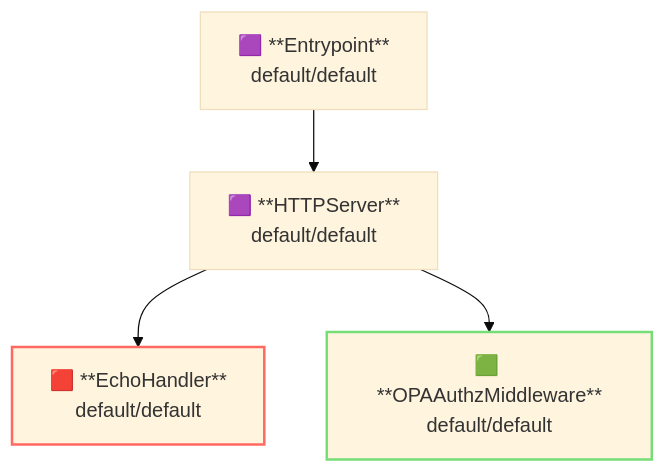
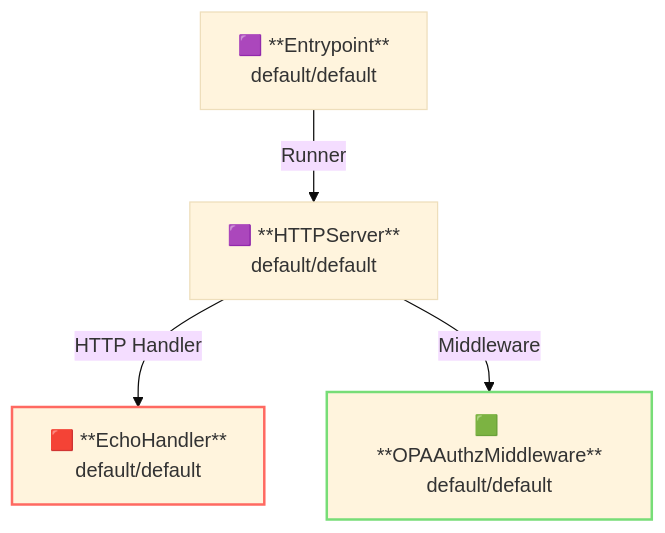
One commit to aileron-gateway/aileron-gateway changed the second of 2 diagrams in examples/authz-opa/README.md. Above: the diagram before and after it, drawn with Mermaid (base theme). The commit also changed other lines of this file and 244 other files, not shown here.

````diff
--- a/examples/authz-opa/README.md
+++ b/examples/authz-opa/README.md
@@ -114,14 +75,14 @@
 ```mermaid
 graph TD
   Entrypoint["🟪 **Entrypoint**</br>default/default"]
   HTTPServer["🟪 **HTTPServer**</br>default/default"]
   EchoHandler["🟥 **EchoHandler**</br>default/default"]
   OPAAuthzMiddleware["🟩 **OPAAuthzMiddleware**</br>default/default"]
 
-Entrypoint --> HTTPServer
-HTTPServer --> EchoHandler
-HTTPServer --> OPAAuthzMiddleware
+Entrypoint --"Runner"--> HTTPServer
+HTTPServer --"HTTP Handler"--> EchoHandler
+HTTPServer --"Middleware"--> OPAAuthzMiddleware
 
 style EchoHandler stroke:#ff6961,stroke-width:2px
 style OPAAuthzMiddleware stroke:#77dd77,stroke-width:2px
 ```
````
